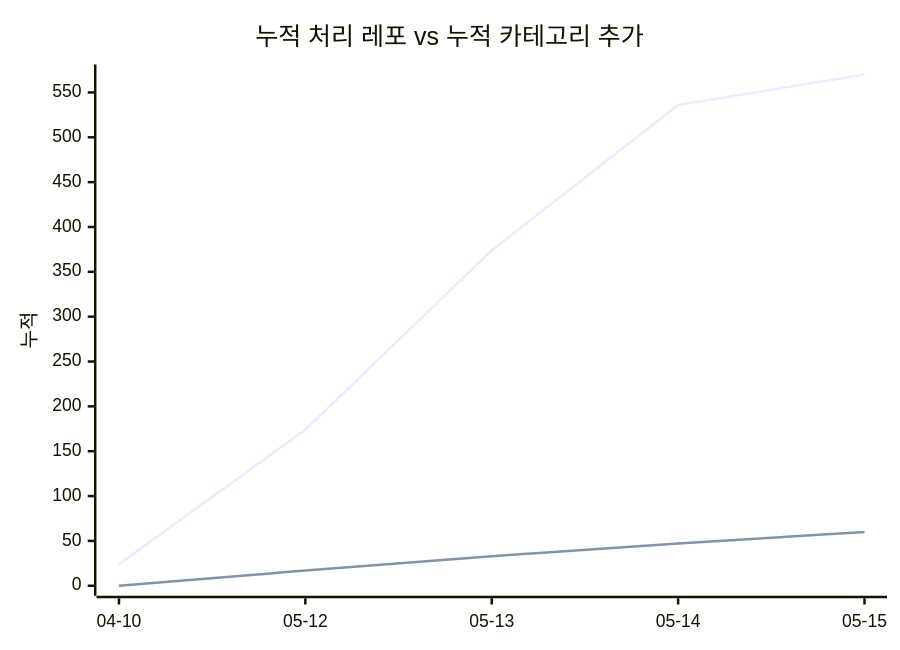
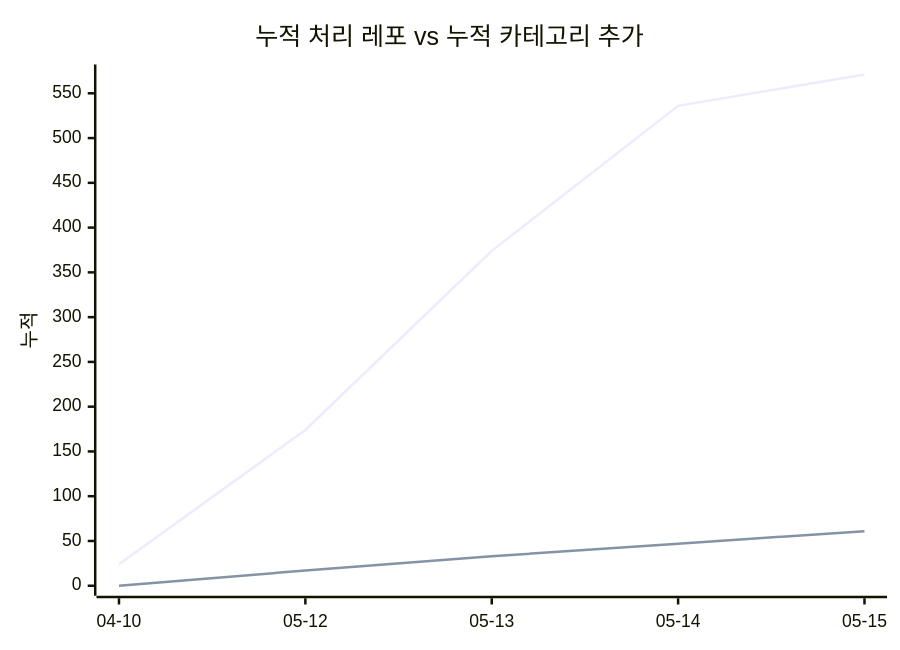
Before and after one commit to J-nowcow/awesome-korean-agent-skills: the second of 2 diagrams in docs/trends.md, drawn with Mermaid. The commit also changed other lines of this file and 4 other files, not shown here.

````diff
--- a/docs/trends.md
+++ b/docs/trends.md
@@ -59,8 +59,8 @@
 ```mermaid
 xychart-beta
     title "누적 처리 레포 vs 누적 카테고리 추가"
     x-axis ["04-10","05-12","05-13","05-14","05-15"]
     y-axis "누적"
-    line [24,174,374,536,570]
-    line [0,17,33,47,60]
+    line [24,174,374,536,571]
+    line [0,17,33,47,61]
 ```
````
